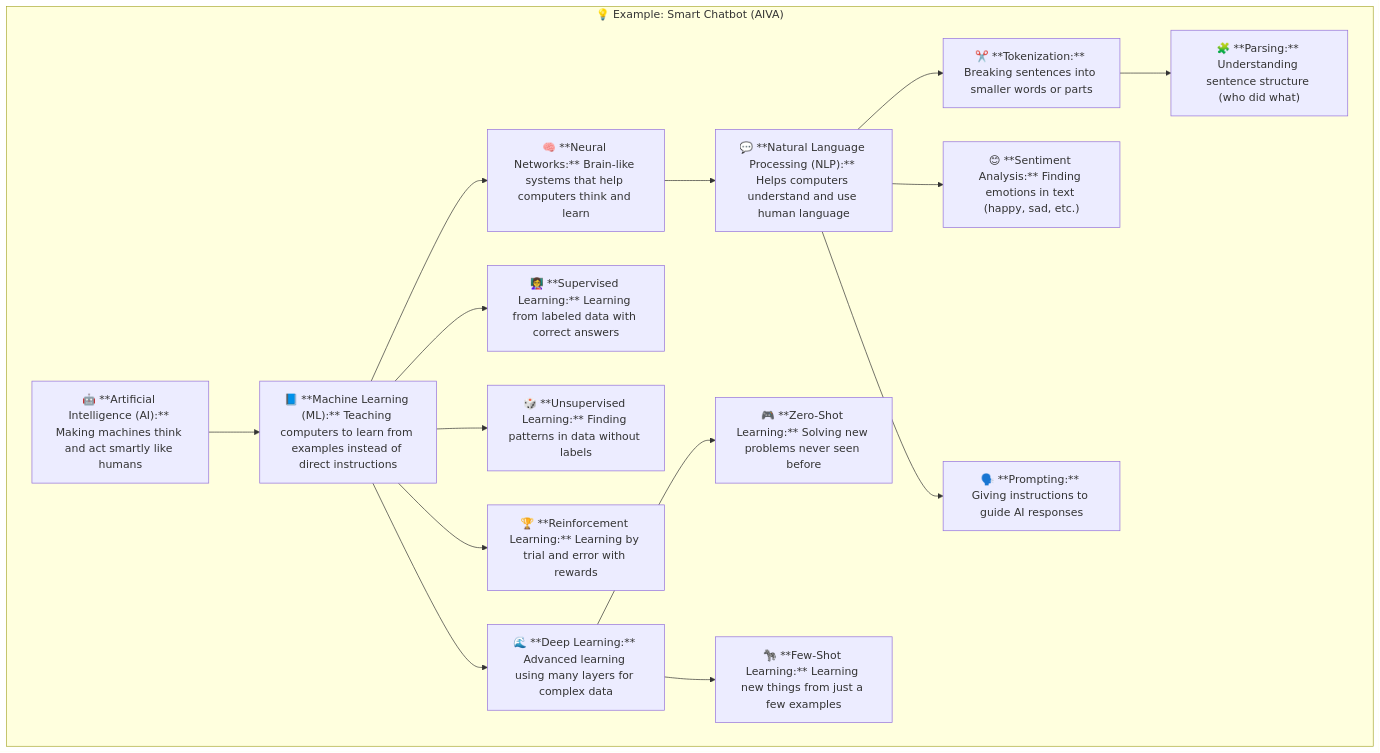
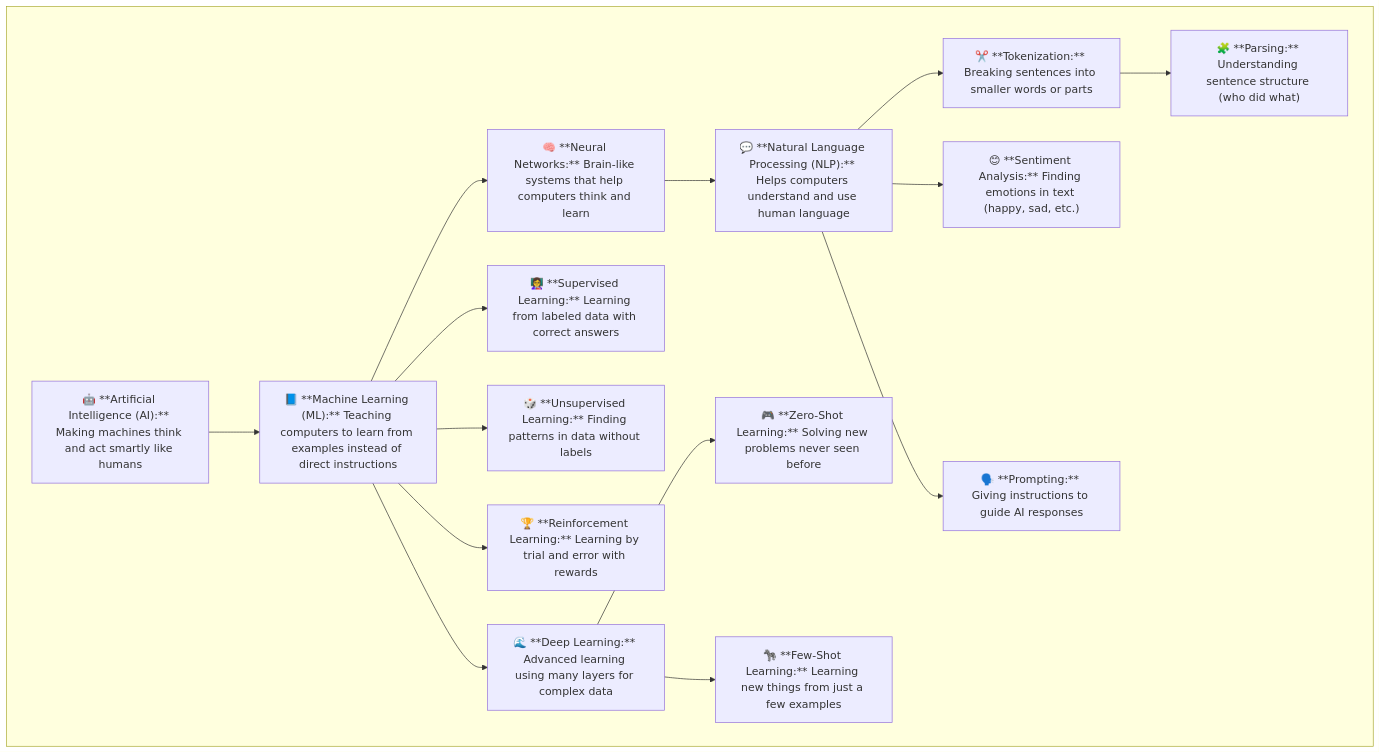
One commit to YashzAlphaGeek/itsAllAboutAI changed the diagram in README.md. Above: the diagram before and after it, drawn with Mermaid. The commit also changed other lines of this file, not shown here.

````diff
--- a/README.md
+++ b/README.md
@@ -4,43 +14,43 @@
 ```mermaid
 flowchart TD
     %% === Main Flow ===
     A["🤖 **Artificial Intelligence (AI):** Making machines think and act smartly like humans"]
         --> B["📘 **Machine Learning (ML):** Teaching computers to learn from examples instead of direct instructions"]
 
     B --> C["🧠 **Neural Networks:** Brain-like systems that help computers think and learn"]
     C --> D["💬 **Natural Language Processing (NLP):** Helps computers understand and use human language"]
 
     %% === NLP Details ===
     D --> E["✂️ **Tokenization:** Breaking sentences into smaller words or parts"]
     E --> F["🧩 **Parsing:** Understanding sentence structure (who did what)"]
     D --> G["😊 **Sentiment Analysis:** Finding emotions in text (happy, sad, etc.)"]
     D --> H["🗣️ **Prompting:** Giving instructions to guide AI responses"]
 
     %% === Learning Types ===
     B --> I["👩‍🏫 **Supervised Learning:** Learning from labeled data with correct answers"]
     B --> J["🎲 **Unsupervised Learning:** Finding patterns in data without labels"]
     B --> K["🏆 **Reinforcement Learning:** Learning by trial and error with rewards"]
     B --> L["🌊 **Deep Learning:** Advanced learning using many layers for complex data"]
 
     %% === Advanced Learning Methods ===
     L --> M["🎮 **Zero-Shot Learning:** Solving new problems never seen before"]
     L --> N["🦓 **Few-Shot Learning:** Learning new things from just a few examples"]
 
     %% === Example Context ===
-    subgraph "💡 Example: Smart Chatbot (AIVA)"
+    subgraph " "
         A
         B
         C
         D
         E
         F
         G
         H
         I
         J
         K
         L
         M
         N
     end
 ```
````
